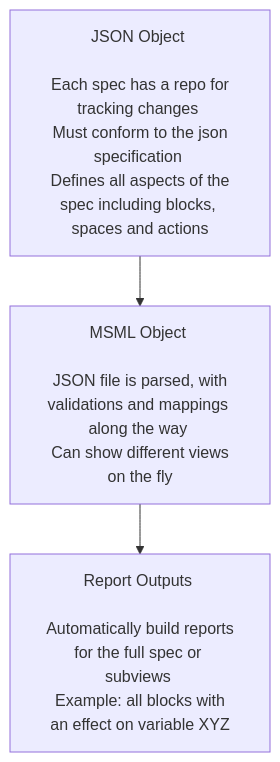
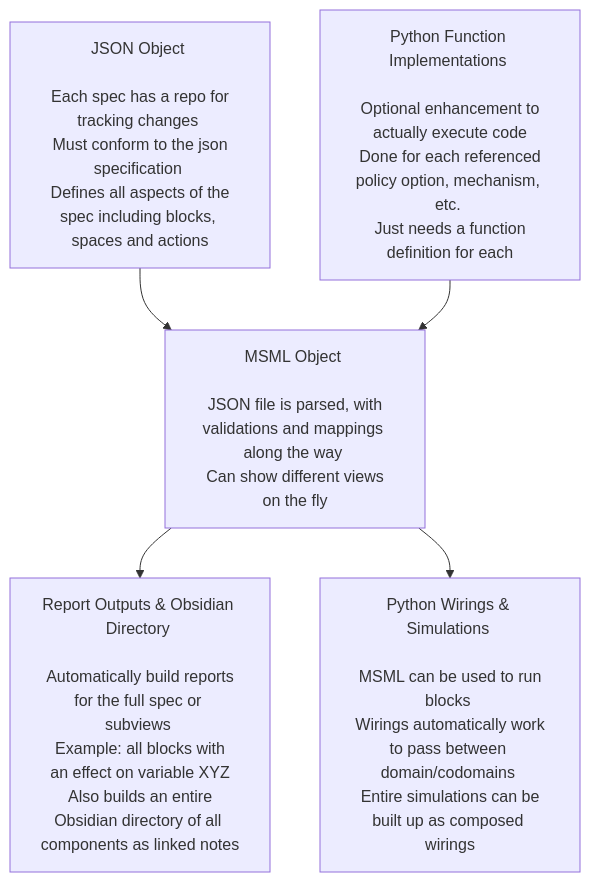
Before and after one commit to BlockScience/MSML: the diagram in README.md, drawn with Mermaid. The commit also changed 1 other file, not shown here.

Commit message:
Update high level mermaid graphics

````diff
--- a/README.md
+++ b/README.md
@@ -30,6 +30,7 @@
 ```mermaid
 graph TD
 A[JSON Object \n\n Each spec has a repo for tracking changes \n Must conform to the json specification \n Defines all aspects of the spec including blocks, spaces and actions] -->B[MSML Object \n\n JSON file is parsed, with validations and mappings along the way \n Can show different views on the fly]
-    B --> C[Report Outputs \n\n Automatically build reports for the full spec or subviews \n Example: all blocks with an effect on variable XYZ]
-
+    B --> C[Report Outputs & Obsidian Directory \n\n Automatically build reports for the full spec or subviews \n Example: all blocks with an effect on variable XYZ\n Also builds an entire Obsidian directory of all components as linked notes]
+D[Python Function Implementations \n\n Optional enhancement to actually execute code\n Done for each referenced policy option, mechanism, etc. \n Just needs a function definition for each] --> B 
+B --> E[Python Wirings & Simulations \n\n MSML can be used to run blocks \n Wirings automatically work to pass between domain/codomains \n Entire simulations can be built up as composed wirings]
 ```
````
